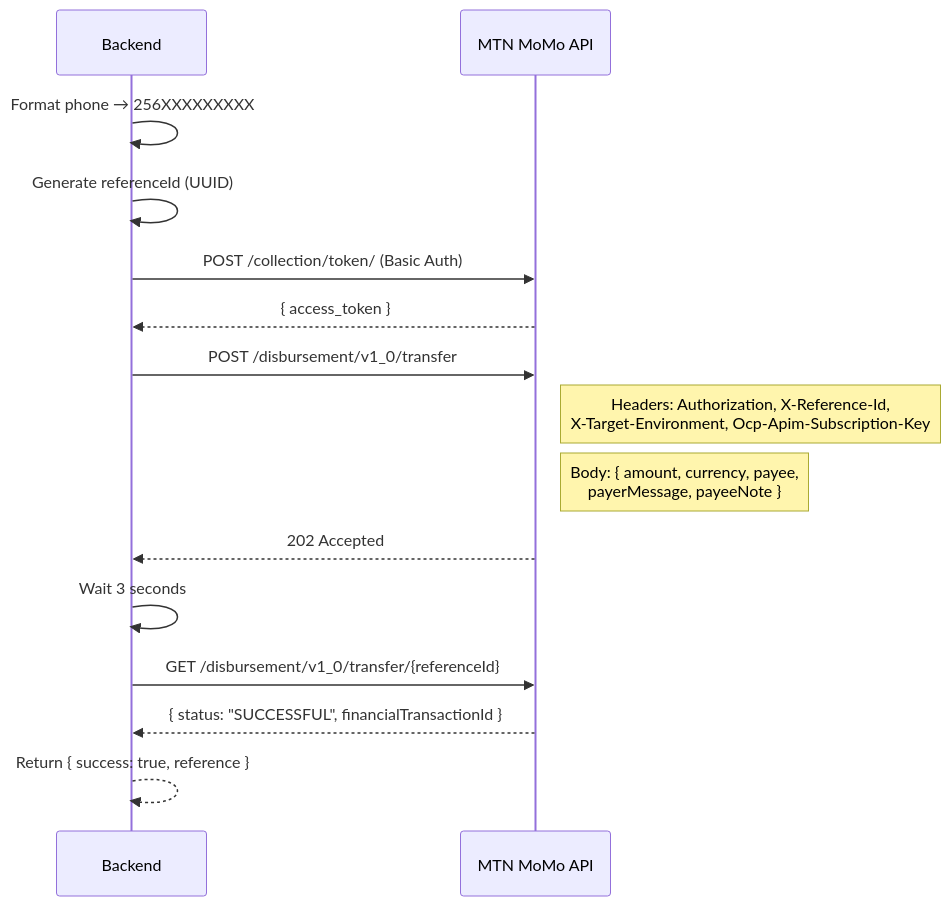
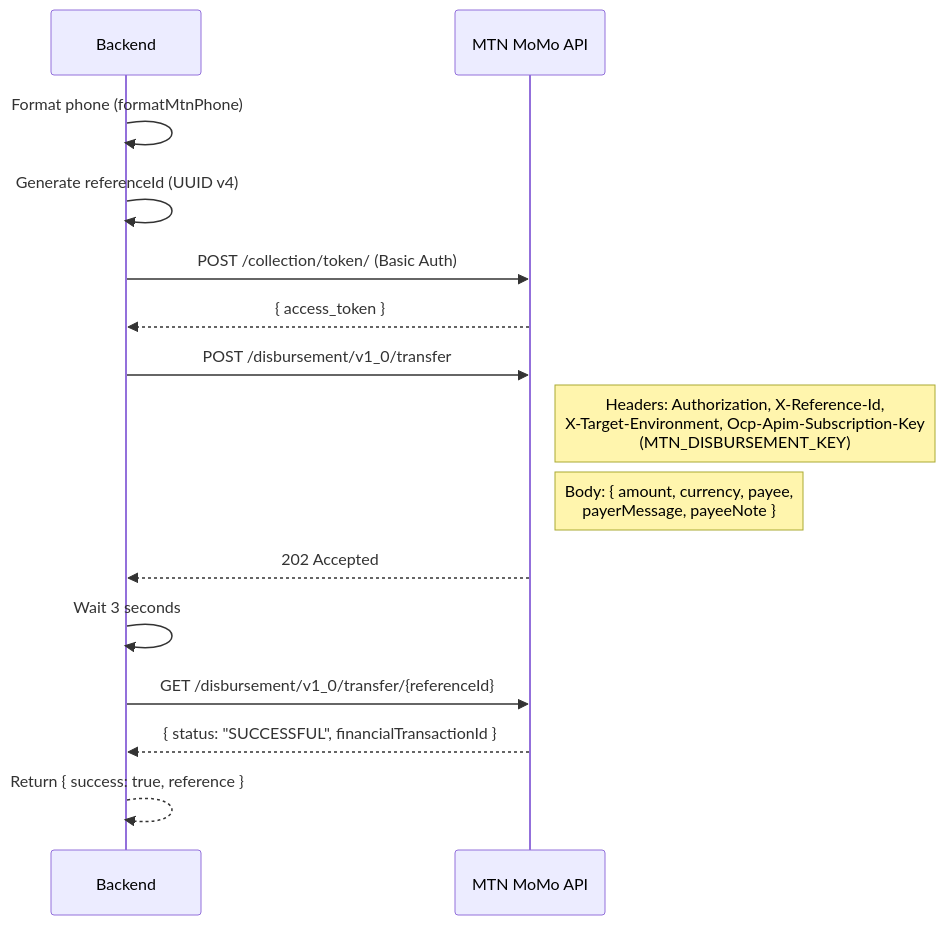
The second of 3 diagrams in docs/backend/payments.md (mpairwe7/delipucash_latest), drawn with Mermaid before and after one commit. The commit also changed other lines of this file and 23 other files, not shown here.

Commit message:
streamlined  payment flow in backend and added documentation

````diff
--- a/docs/backend/payments.md
+++ b/docs/backend/payments.md
@@ -31,22 +197,22 @@
 ```mermaid
 sequenceDiagram
     participant API as Backend
     participant MTN as MTN MoMo API
 
-    API->>API: Format phone → 256XXXXXXXXX
-    API->>API: Generate referenceId (UUID)
+    API->>API: Format phone (formatMtnPhone)
+    API->>API: Generate referenceId (UUID v4)
     API->>MTN: POST /collection/token/ (Basic Auth)
     MTN-->>API: { access_token }
 
     API->>MTN: POST /disbursement/v1_0/transfer
-    Note right of MTN: Headers: Authorization, X-Reference-Id,<br/>X-Target-Environment, Ocp-Apim-Subscription-Key
+    Note right of MTN: Headers: Authorization, X-Reference-Id,<br/>X-Target-Environment, Ocp-Apim-Subscription-Key<br/>(MTN_DISBURSEMENT_KEY)
     Note right of MTN: Body: { amount, currency, payee,<br/>payerMessage, payeeNote }
     MTN-->>API: 202 Accepted
 
     API->>API: Wait 3 seconds
 
     API->>MTN: GET /disbursement/v1_0/transfer/{referenceId}
     MTN-->>API: { status: "SUCCESSFUL", financialTransactionId }
 
     API-->>API: Return { success: true, reference }
 ```
````
